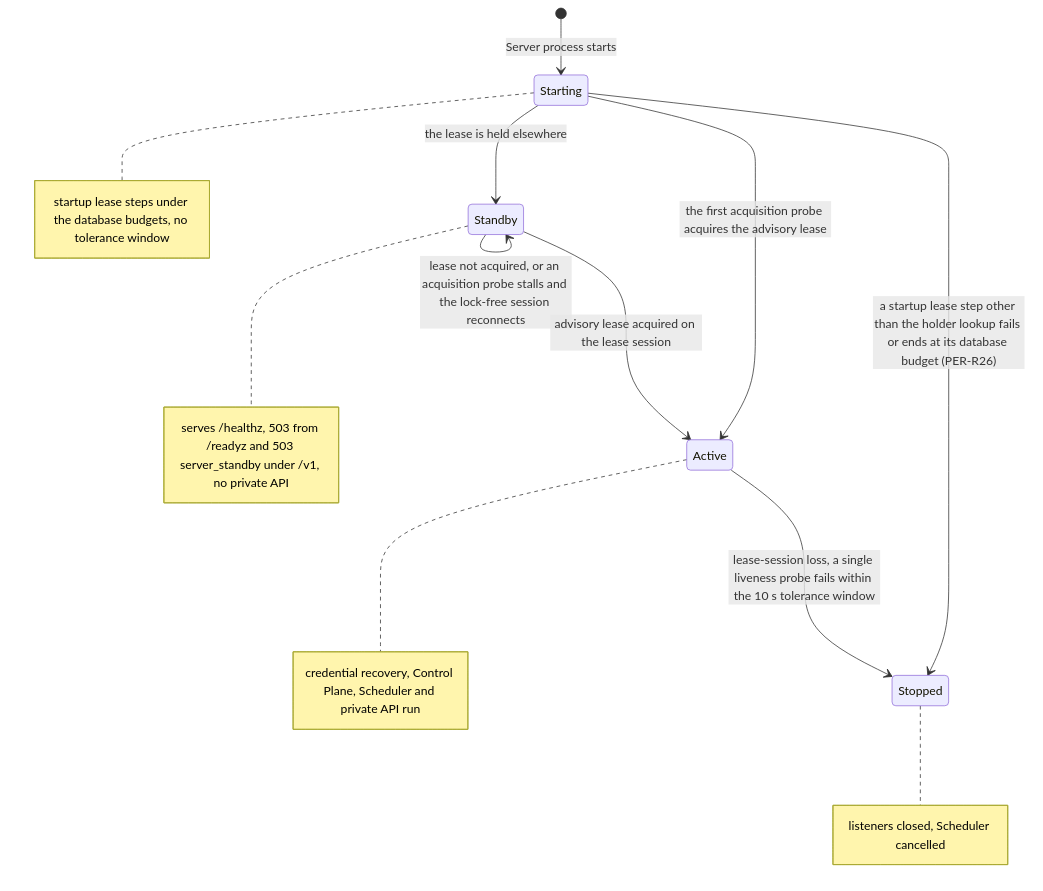
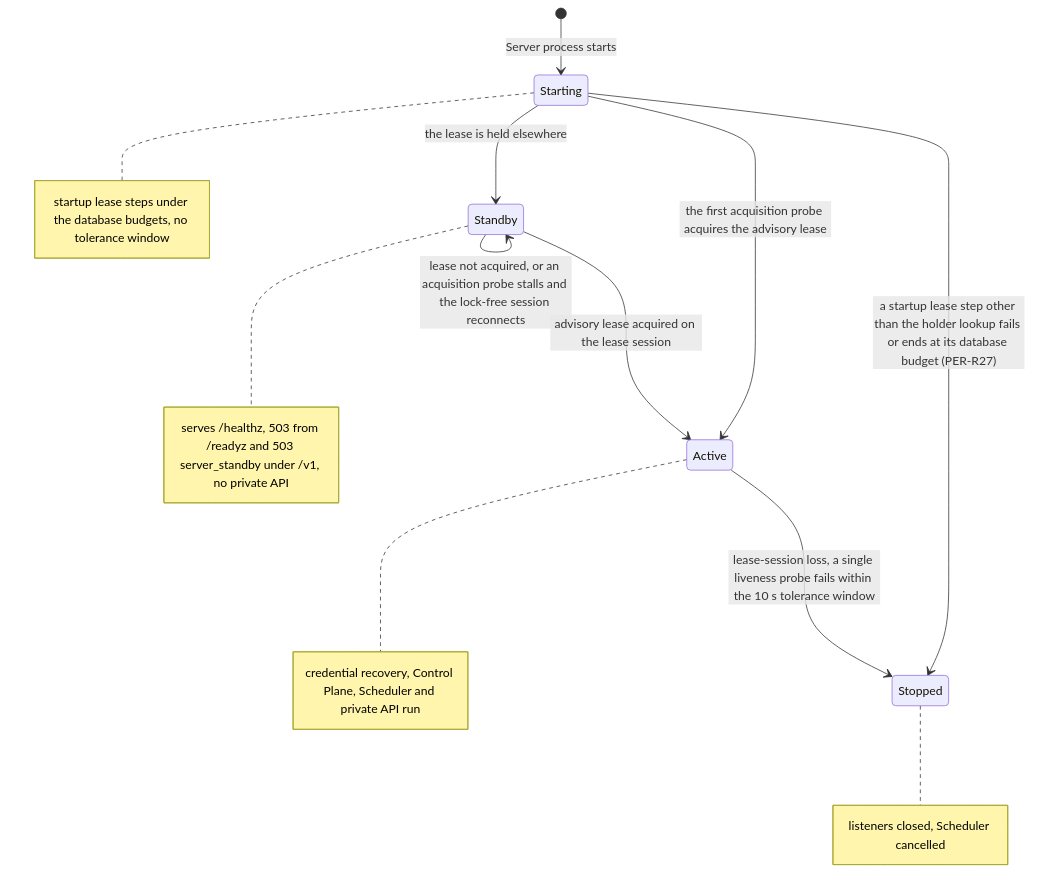
One commit to grauwolf32/contractor changed the first of 3 diagrams in docs/spec/platform/persistence.md. Above: the diagram before and after it, drawn with Mermaid. The commit also changed other lines of this file and 6 other files, not shown here.

First line of the commit message:
docs(spec): renumber V407-017 lease budget IDs clear of V407-027

````diff
--- a/docs/spec/platform/persistence.md
+++ b/docs/spec/platform/persistence.md
@@ -68,14 +68,14 @@
 ```mermaid
 stateDiagram-v2
     [*] --> Starting: Server process starts
     Starting --> Active: the first acquisition probe acquires the advisory lease
     Starting --> Standby: the lease is held elsewhere
-    Starting --> Stopped: a startup lease step other than the holder lookup fails or ends at its database budget (PER-R26)
+    Starting --> Stopped: a startup lease step other than the holder lookup fails or ends at its database budget (PER-R27)
     Standby --> Standby: lease not acquired, or an acquisition probe stalls and the lock-free session reconnects
     Standby --> Active: advisory lease acquired on the lease session
     Active --> Stopped: lease-session loss, a single liveness probe fails within the 10 s tolerance window
     note right of Starting: startup lease steps under the database budgets, no tolerance window
     note right of Standby: serves /healthz, 503 from /readyz and 503 server_standby under /v1, no private API
     note right of Active: credential recovery, Control Plane, Scheduler and private API run
     note right of Stopped: listeners closed, Scheduler cancelled
 ```
````
